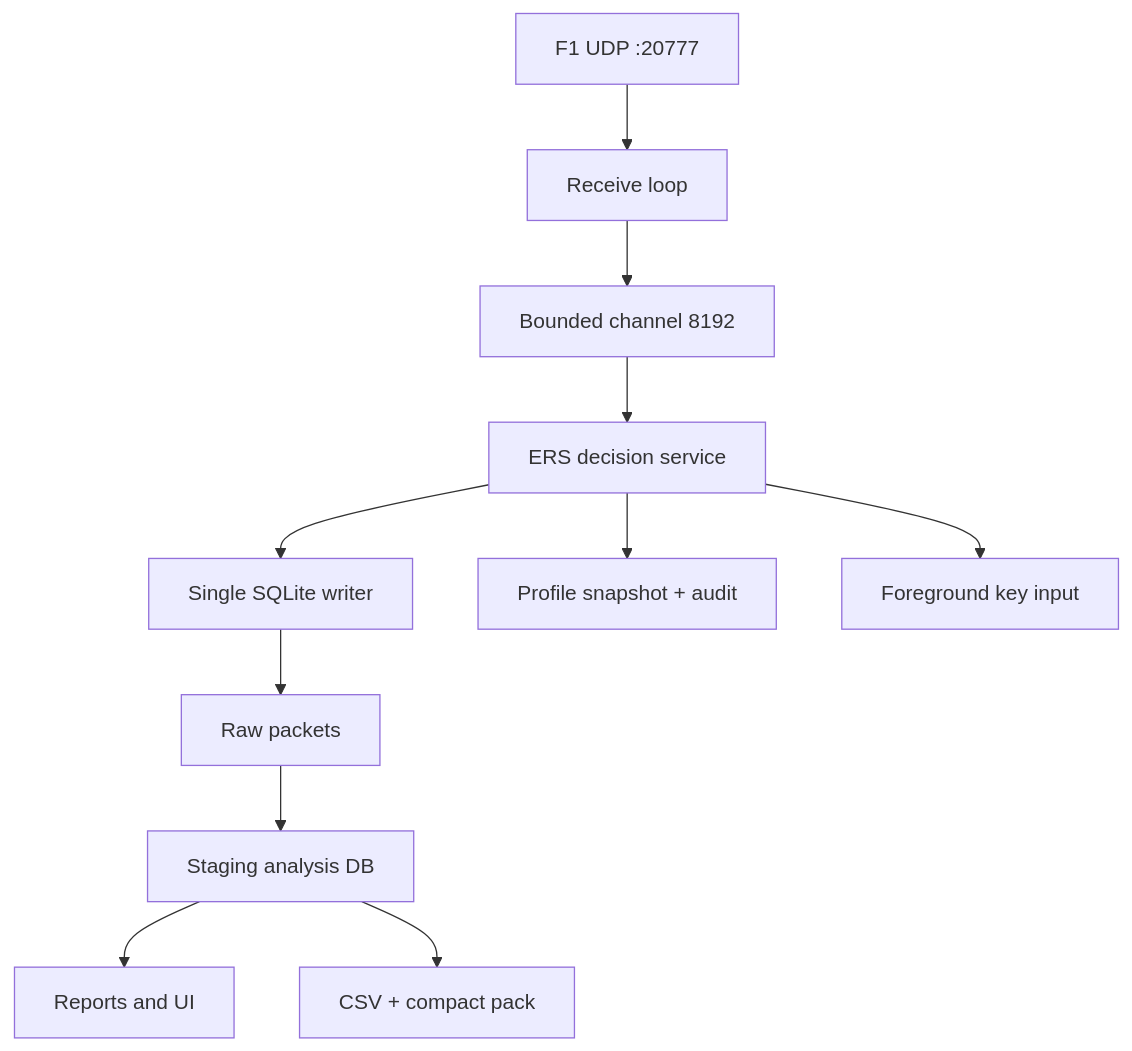
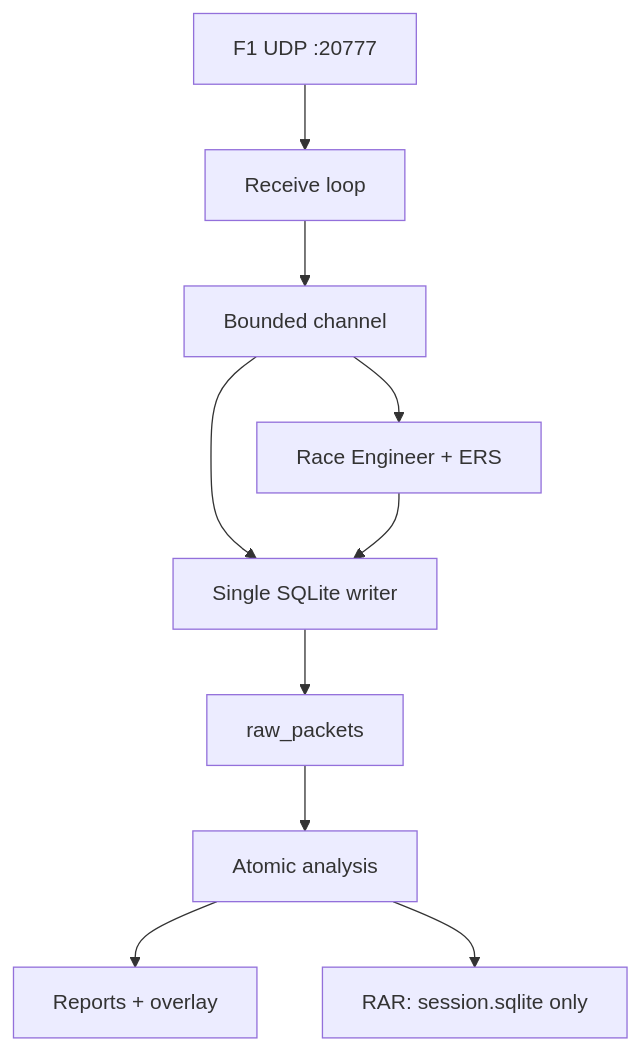
One commit to Ender168/F1_Telemetry_Lab changed the first of 3 diagrams in docs/ARCHITECTURE.md. Above: the diagram before and after it, drawn with Mermaid. The commit also changed other lines of this file and 38 other files, not shown here.

Commit message:
v0.10.0: add live race engineer and SQLite-only RAR packs

````diff
--- a/docs/ARCHITECTURE.md
+++ b/docs/ARCHITECTURE.md
@@ -5,13 +5,12 @@
 ```mermaid
 flowchart TD
     UDP["F1 UDP :20777"] --> RX["Receive loop"]
-    RX --> Q["Bounded channel 8192"]
-    Q --> ERS["ERS decision service"]
-    ERS --> DB["Single SQLite writer"]
-    ERS --> AUDIT["Profile snapshot + audit"]
-    ERS --> INPUT["Foreground key input"]
-    DB --> RAW["Raw packets"]
-    RAW --> STAGE["Staging analysis DB"]
-    STAGE --> VIEW["Reports and UI"]
-    STAGE --> PACK["CSV + compact pack"]
+    RX --> Q["Bounded channel"]
+    Q --> LIVE["Race Engineer + ERS"]
+    Q --> DB["Single SQLite writer"]
+    LIVE --> DB
+    DB --> RAW["raw_packets"]
+    RAW --> STAGE["Atomic analysis"]
+    STAGE --> VIEW["Reports + overlay"]
+    STAGE --> RAR["RAR: session.sqlite only"]
 ```
````
